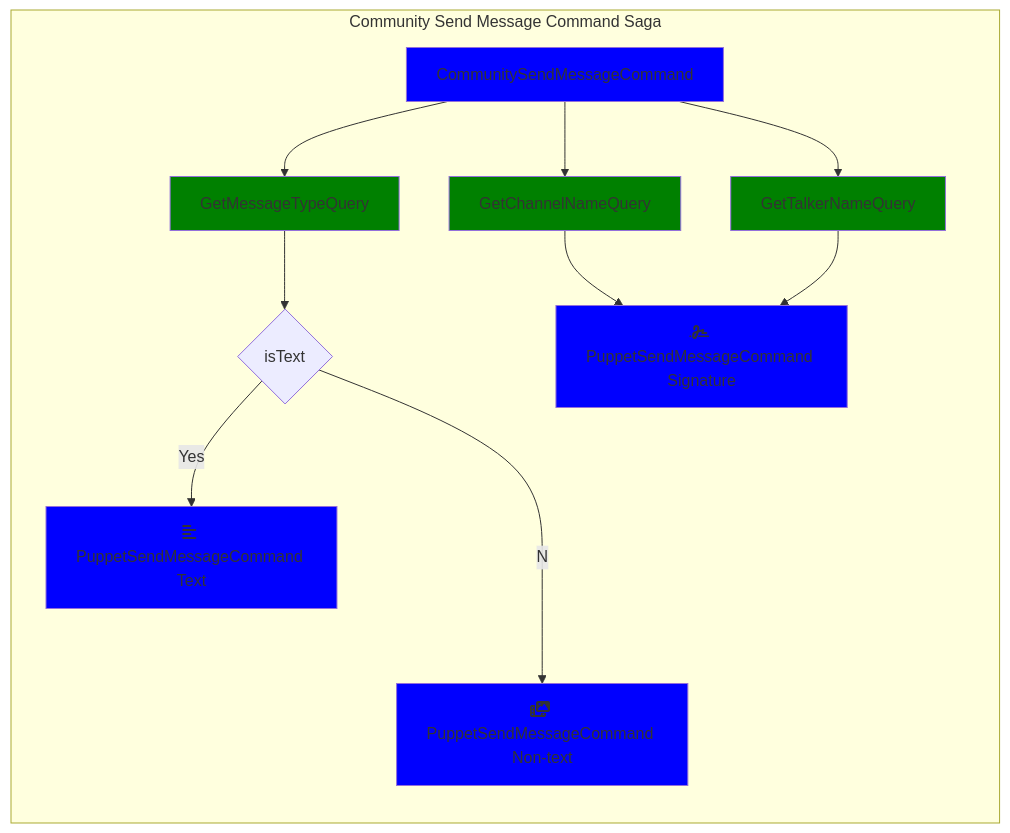
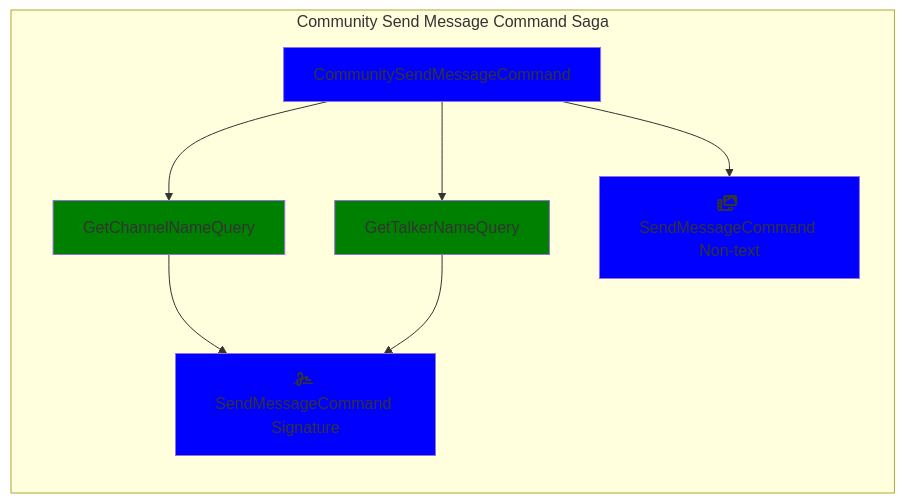
Before and after one commit to wechaty/friday: the third of 4 diagrams in src/sync-community-rooms-domain/README.md, drawn with Mermaid. The commit also changed other lines of this file, not shown here.

Commit message:
re-draw mermaid diagram

````diff
--- a/src/sync-community-rooms-domain/README.md
+++ b/src/sync-community-rooms-domain/README.md
@@ -75,26 +97,19 @@
 ```mermaid
 graph LR
   subgraph Community Send Message Command Saga
     classDef event fill:DarkGoldenRod
     classDef command fill:blue
     classDef query fill:green
 
     CSC[CommunitySendMessageCommand]:::command
-    SMC_T[fa:fa-align-left PuppetSendMessageCommand Text]:::command
-    SMC_S[fa:fa-signature PuppetSendMessageCommand Signature]:::command
-    SMC_N[fa:fa-photo-film PuppetSendMessageCommand Non-text]:::command
+    SMC_S[fa:fa-signature SendMessageCommand Signature]:::command
+    SMC_N[fa:fa-photo-film SendMessageCommand Non-text]:::command
     
     TNQ[GetTalkerNameQuery]:::query
     CNQ[GetChannelNameQuery]:::query
-    MTQ[GetMessageTypeQuery]:::query
-
-    TD{isText}
 
     CSC-->CNQ & TNQ
-    CSC-->MTQ
-    MTQ --> TD
     CNQ & TNQ --> SMC_S
-    TD --Yes--> SMC_T
-    TD --No--> SMC_N
+    CSC-->SMC_N
   end
 ```
````
